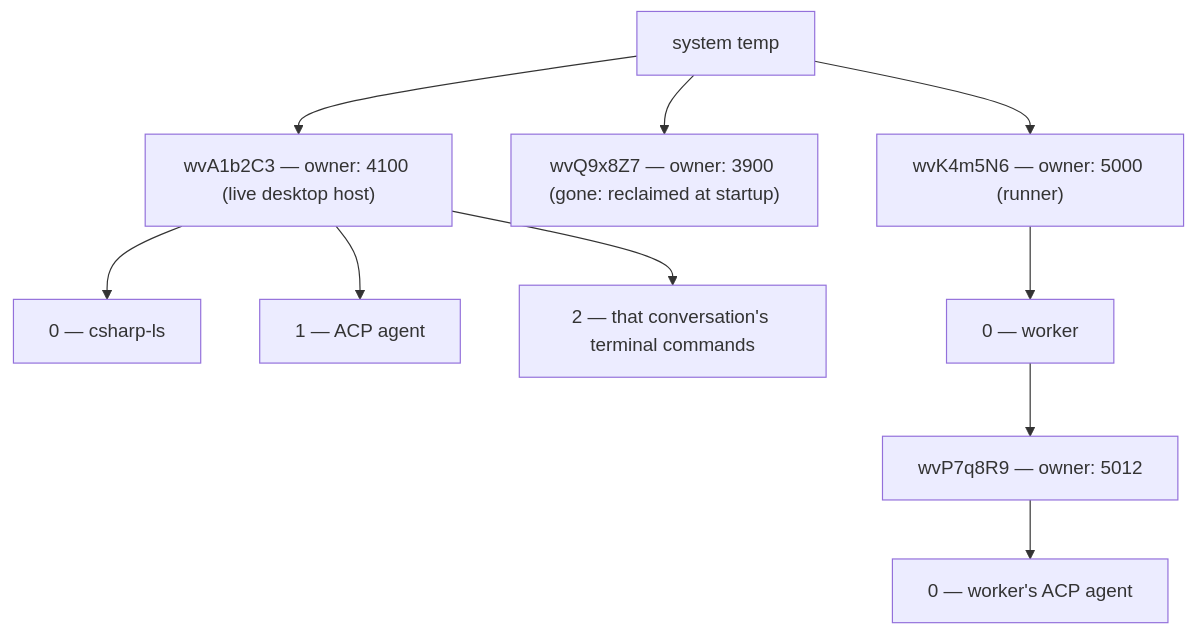
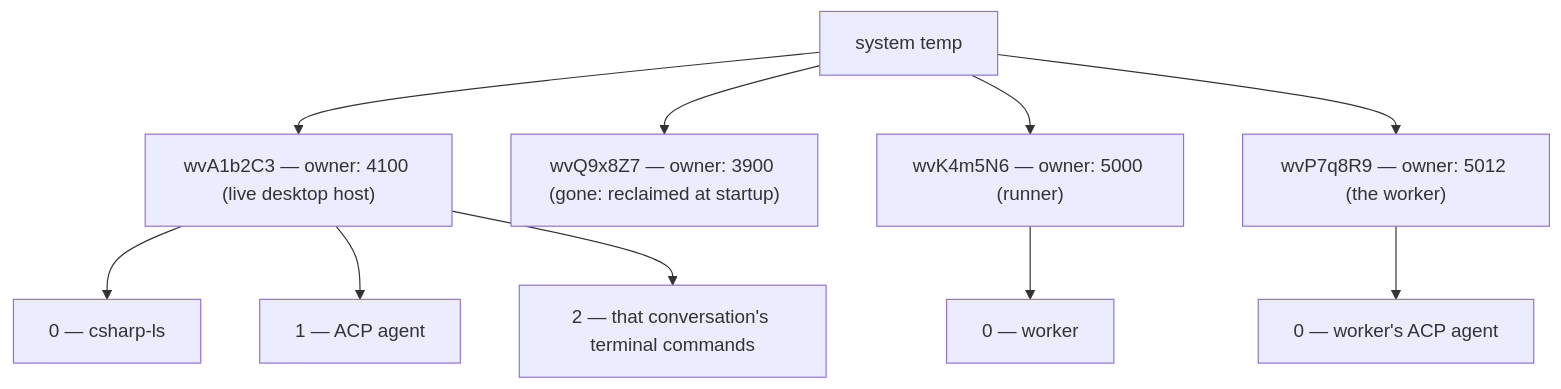
Before and after one commit to Kapps/weavie: the second of 2 diagrams in docs/specs/process-supervisor.md, drawn with Mermaid. The commit also changed other lines of this file and 7 other files, not shown here.

````diff
--- a/docs/specs/process-supervisor.md
+++ b/docs/specs/process-supervisor.md
@@ -157,10 +161,10 @@
 ```mermaid
 flowchart TD
   T["system temp"] --> R1["wvA1b2C3 — owner: 4100 (live desktop host)"]
   T --> R2["wvQ9x8Z7 — owner: 3900 (gone: reclaimed at startup)"]
   R1 --> C1["0 — csharp-ls"]
   R1 --> C2["1 — ACP agent"]
   R1 --> C3["2 — that conversation's terminal commands"]
-  T --> RR["wvK4m5N6 — owner: 5000 (runner)"]
-  RR --> W["0 — worker"] --> WR["wvP7q8R9 — owner: 5012"] --> WC["0 — worker's ACP agent"]
+  T --> RR["wvK4m5N6 — owner: 5000 (runner)"] --> W["0 — worker"]
+  T --> WR["wvP7q8R9 — owner: 5012 (the worker)"] --> WC["0 — worker's ACP agent"]
 ```
````
